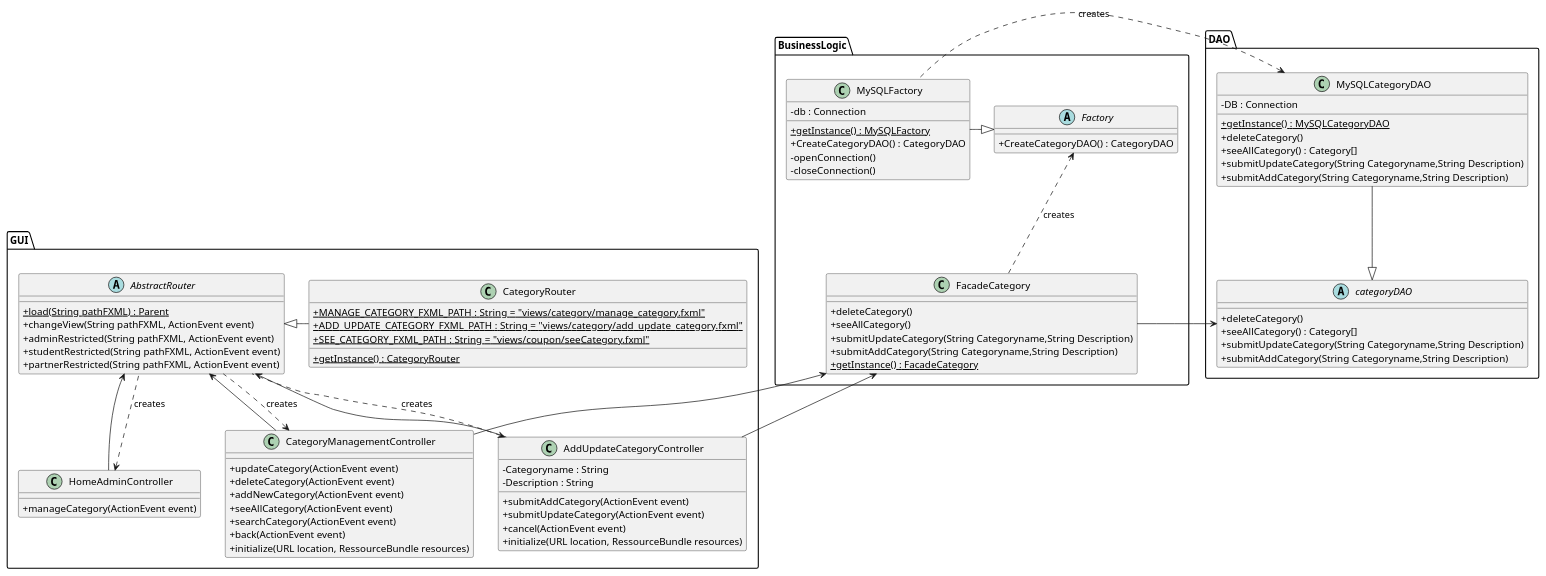
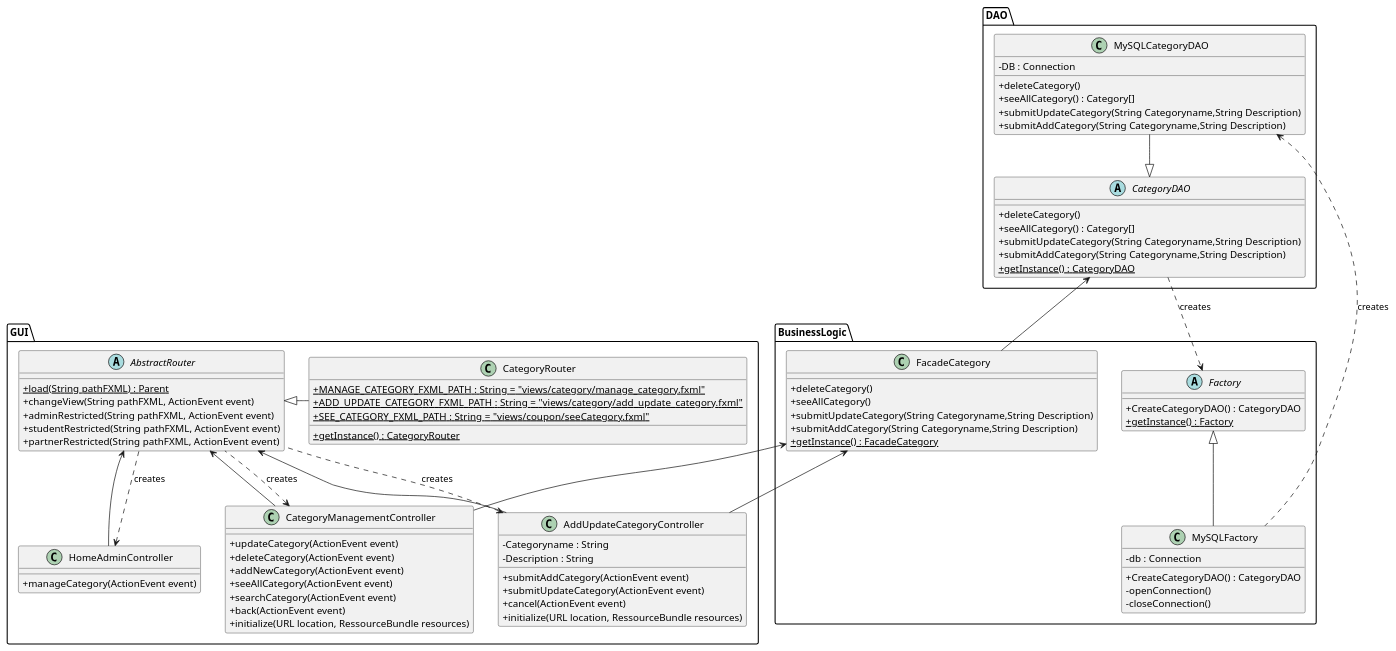
One commit to guiguie34/StudEasy changed the diagram in project_diagrams/classDiagrams/categoryManagement.puml. Above: the diagram before and after it, drawn with PlantUML. The commit also changed 10 other files, not shown here.

Commit message:
Final fix : class diagrams

```diff
--- a/project_diagrams/classDiagrams/categoryManagement.puml
+++ b/project_diagrams/classDiagrams/categoryManagement.puml
@@ -1,120 +1,111 @@
 @startuml
 skinparam classAttributeIconSize 0
 
 package GUI{
     abstract class AbstractRouter{
         + {static} load(String pathFXML) : Parent
         + changeView(String pathFXML, ActionEvent event)
         + adminRestricted(String pathFXML, ActionEvent event)
         + studentRestricted(String pathFXML, ActionEvent event)
         + partnerRestricted(String pathFXML, ActionEvent event)
     }
 
     class CategoryRouter{
          + {static} MANAGE_CATEGORY_FXML_PATH : String = "views/category/manage_category.fxml"
          + {static} ADD_UPDATE_CATEGORY_FXML_PATH : String = "views/category/add_update_category.fxml"
          + {static} SEE_CATEGORY_FXML_PATH : String = "views/coupon/seeCategory.fxml"
          + {static} getInstance() : CategoryRouter
     }
     class HomeAdminController{
             + manageCategory(ActionEvent event)
 
     }
-
-
 
     class CategoryManagementController{
             + updateCategory(ActionEvent event)
             + deleteCategory(ActionEvent event)
             + addNewCategory(ActionEvent event)
             + seeAllCategory(ActionEvent event)
             + searchCategory(ActionEvent event)
             + back(ActionEvent event)
             + initialize(URL location, RessourceBundle resources)
 
     }
     class AddUpdateCategoryController{
             - Categoryname : String
             - Description : String
 
             + submitAddCategory(ActionEvent event)
             + submitUpdateCategory(ActionEvent event)
             + cancel(ActionEvent event)
             + initialize(URL location, RessourceBundle resources)
         }
 
 
 
     AbstractRouter <|-right- CategoryRouter
     AbstractRouter <-- HomeAdminController
     AbstractRouter <-- CategoryManagementController
     AbstractRouter <-- AddUpdateCategoryController
 
 
     CategoryManagementController <.. AbstractRouter : creates
     HomeAdminController <.. AbstractRouter : creates
     AddUpdateCategoryController <.. AbstractRouter : creates
-
-
-
-
 }
 package BusinessLogic{
     class FacadeCategory{
         + deleteCategory()
         + seeAllCategory()
         + submitUpdateCategory(String Categoryname,String Description)
         + submitAddCategory(String Categoryname,String Description)
         + {static} getInstance() : FacadeCategory
     }
 
     abstract class Factory{
         + CreateCategoryDAO() : CategoryDAO
+        + {static} getInstance() : Factory
     }
     class MySQLFactory{
         - db : Connection
-        + {static} getInstance() : MySQLFactory
         + CreateCategoryDAO() : CategoryDAO
         - openConnection()
         - closeConnection()
     }
 
 
-    Factory <.. FacadeCategory : creates
-    Factory <|-left- MySQLFactory
+    Factory <|-- MySQLFactory
 
     FacadeCategory <-- CategoryManagementController
     FacadeCategory <-- AddUpdateCategoryController
-
-
-
 }
 
 package DAO{
 
-    abstract class categoryDAO{
+    abstract class CategoryDAO{
         + deleteCategory()
         + seeAllCategory() : Category[]
         + submitUpdateCategory(String Categoryname,String Description)
         + submitAddCategory(String Categoryname,String Description)
+        + {static} getInstance() : CategoryDAO
     }
 
     class MySQLCategoryDAO{
         - DB : Connection
-        + {static} getInstance() : MySQLCategoryDAO
         + deleteCategory()
         + seeAllCategory() : Category[]
         + submitUpdateCategory(String Categoryname,String Description)
         + submitAddCategory(String Categoryname,String Description)
 
     }
 
-    MySQLCategoryDAO --|> categoryDAO
+    MySQLCategoryDAO --|> CategoryDAO
     MySQLCategoryDAO <.right. MySQLFactory : creates
 
-    categoryDAO <-right- FacadeCategory
+    CategoryDAO ..> Factory : creates
+    CategoryDAO <-right- FacadeCategory
 }
 
 
 
 @enduml
```
